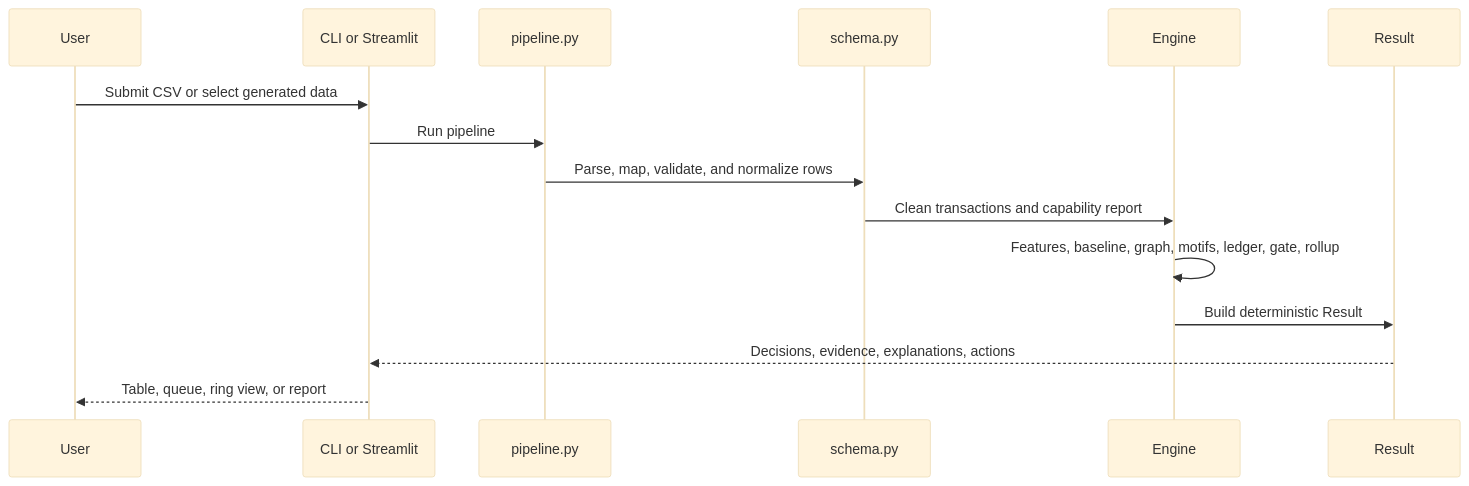
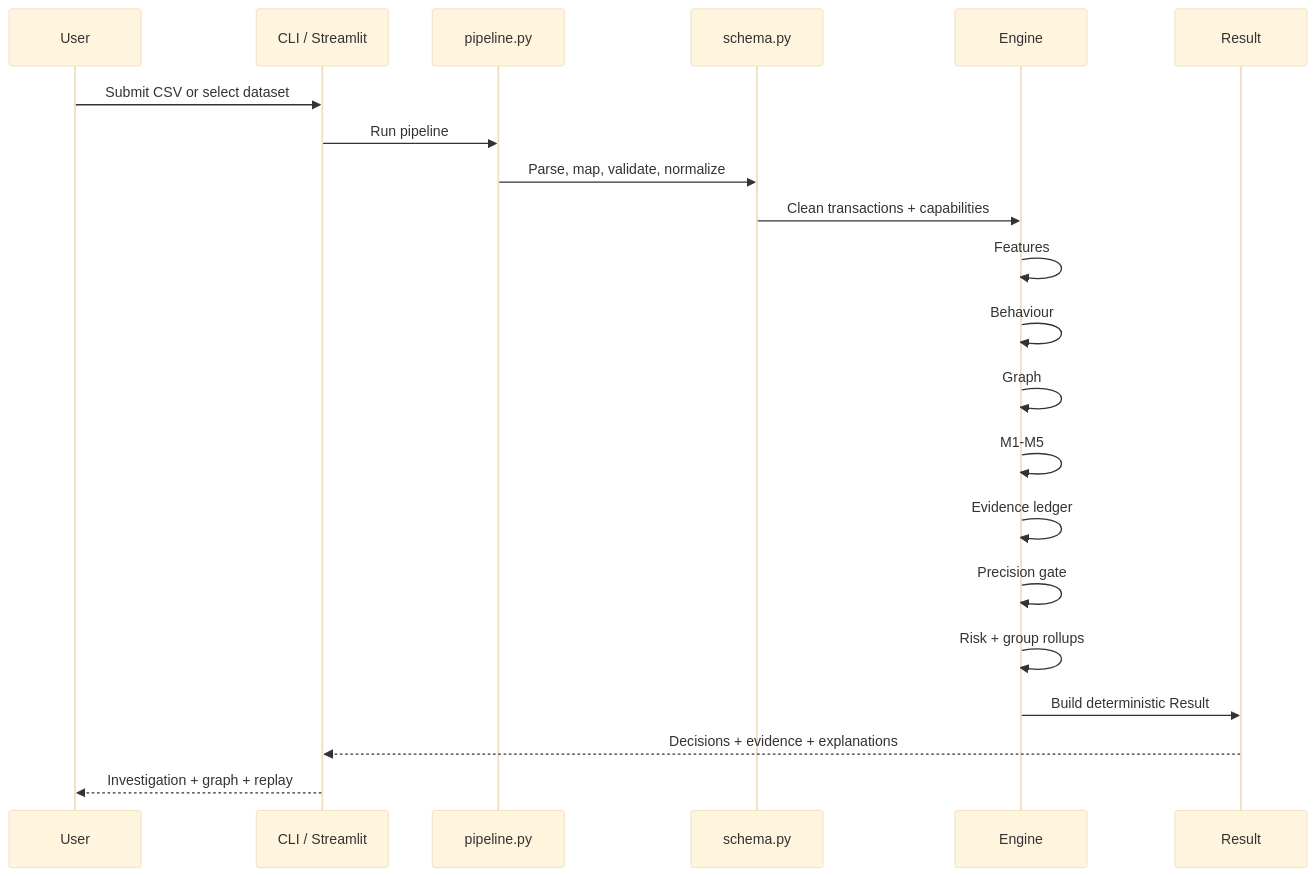
Before and after one commit to dandasaisamith/HEARTificial: the second of 3 diagrams in README.md, drawn with Mermaid (base theme). The commit also changed other lines of this file, not shown here.

````diff
--- a/README.md
+++ b/README.md
@@ -152,18 +593,24 @@
 ```mermaid
 sequenceDiagram
     participant U as User
-    participant CLI as CLI or Streamlit
+    participant CLI as CLI / Streamlit
     participant P as pipeline.py
-    participant I as schema.py
+    participant S as schema.py
     participant E as Engine
     participant O as Result
 
-    U->>CLI: Submit CSV or select generated data
+    U->>CLI: Submit CSV or select dataset
     CLI->>P: Run pipeline
-    P->>I: Parse, map, validate, and normalize rows
-    I->>E: Clean transactions and capability report
-    E->>E: Features, baseline, graph, motifs, ledger, gate, rollup
+    P->>S: Parse, map, validate, normalize
+    S->>E: Clean transactions + capabilities
+    E->>E: Features
+    E->>E: Behaviour
+    E->>E: Graph
+    E->>E: M1-M5
+    E->>E: Evidence ledger
+    E->>E: Precision gate
+    E->>E: Risk + group rollups
     E->>O: Build deterministic Result
-    O-->>CLI: Decisions, evidence, explanations, actions
-    CLI-->>U: Table, queue, ring view, or report
+    O-->>CLI: Decisions + evidence + explanations
+    CLI-->>U: Investigation + graph + replay
 ```
````
